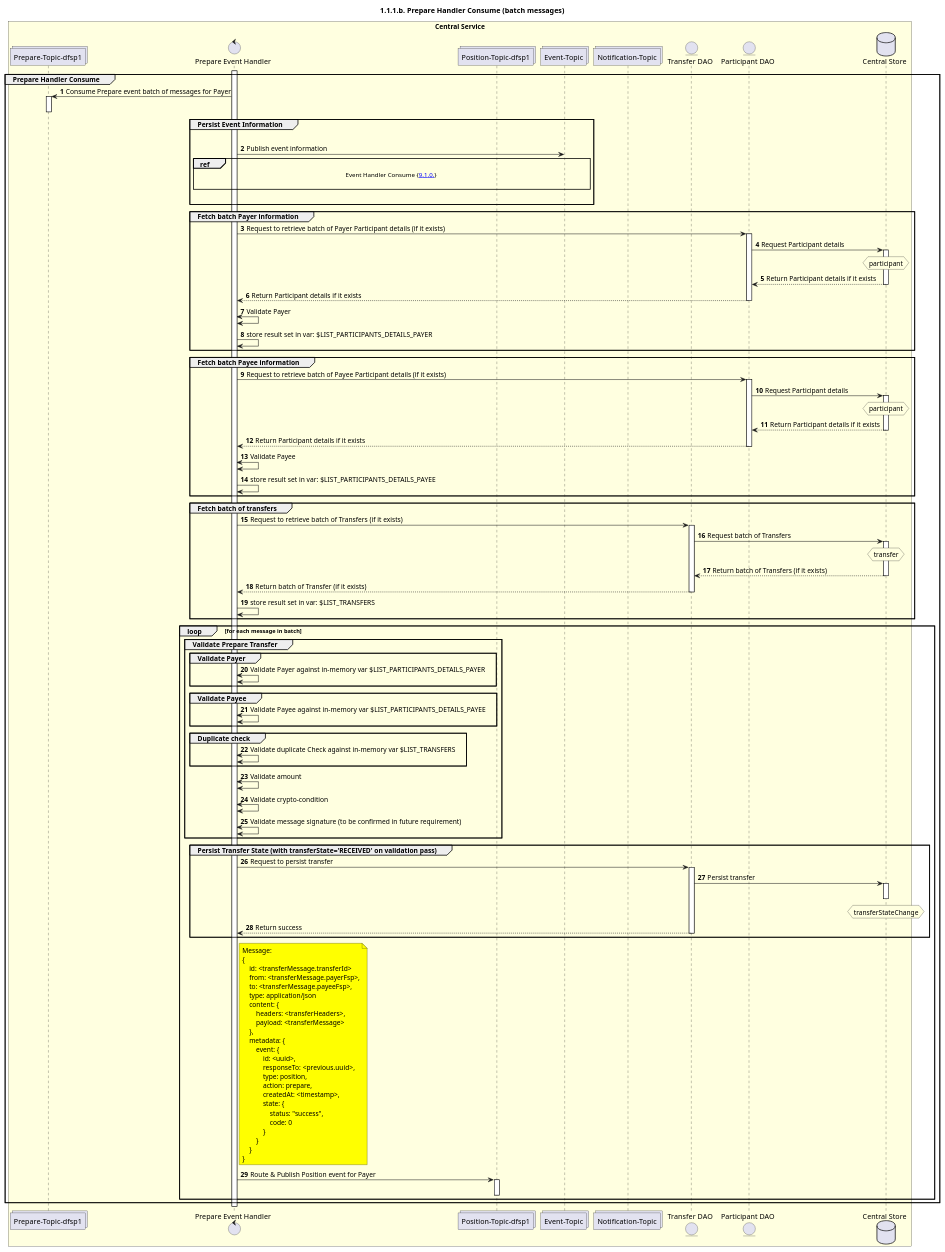
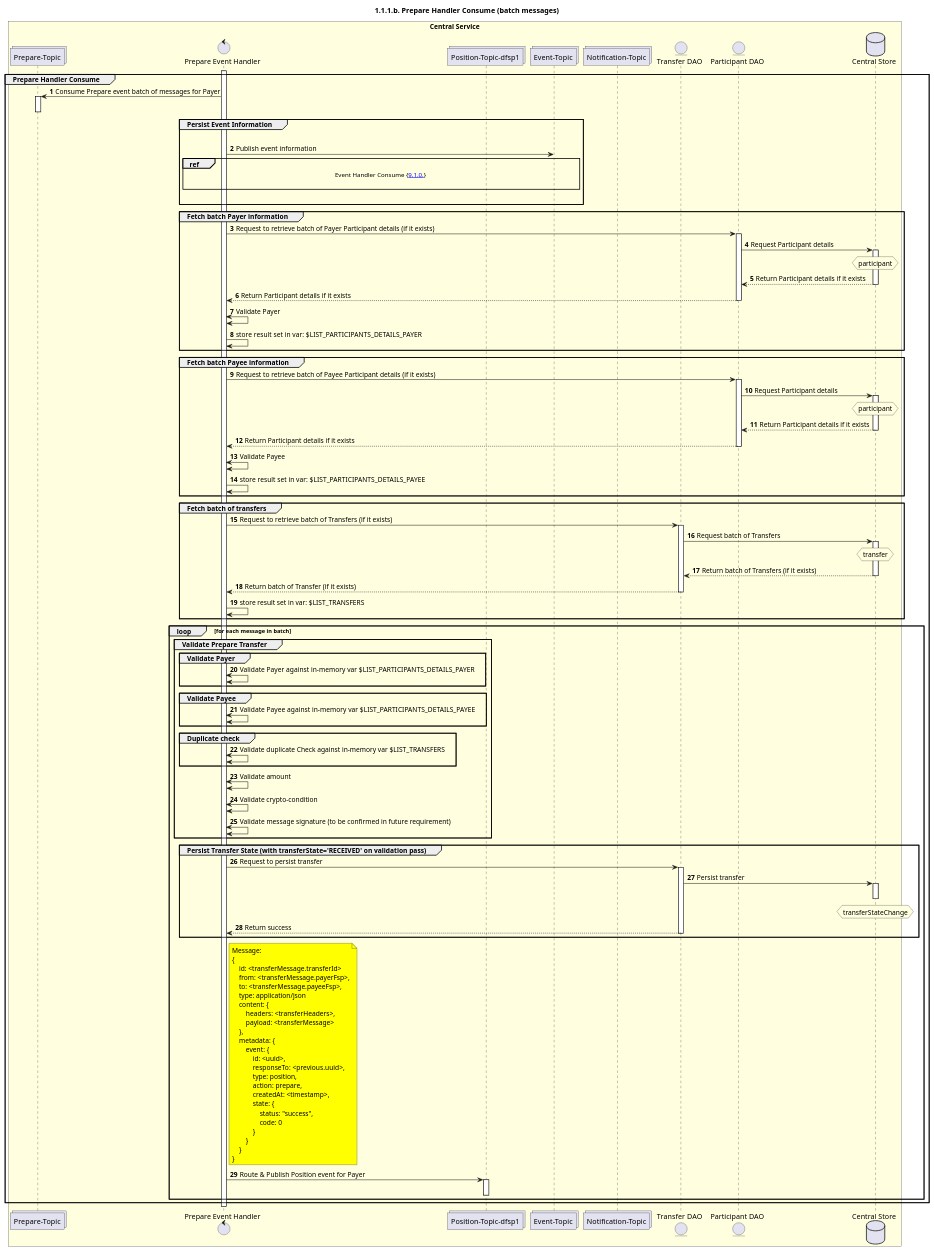
Before and after one commit to ggrg/docs: the diagram in Diagrams/SequenceDiagrams/seq-prepare-1.1.1.b.plantuml, drawn with PlantUML. The commit also changed 3 other files, not shown here.

```diff
--- a/Diagrams/SequenceDiagrams/seq-prepare-1.1.1.b.plantuml
+++ b/Diagrams/SequenceDiagrams/seq-prepare-1.1.1.b.plantuml
@@ -26,157 +26,157 @@
 @startuml
 ' declate title
 title 1.1.1.b. Prepare Handler Consume (batch messages)
 
 autonumber
 
 ' Actor Keys:
 '   boundary - APIs/Interfaces, etc
 '   collections - Kafka Topics
 '   control - Kafka Consumers
 '   entity - Database Access Objects
 '   database - Database Persistance Store
 
 ' declare actors
-collections "Prepare-Topic-dfsp1" as TOPIC_PREPARE_DFSP1
+collections "Prepare-Topic" as TOPIC_PREPARE
 control "Prepare Event Handler" as PREP_HANDLER
 collections "Position-Topic-dfsp1" as TOPIC_POSITION_DFSP1
 collections "Event-Topic" as TOPIC_EVENTS
 collections "Notification-Topic" as TOPIC_NOTIFICATIONS
 entity "Transfer DAO" as TRANS_DAO
 entity "Participant DAO" as PARTICIPANT_DAO
 database "Central Store" as DB
 
 box "Central Service" #LightYellow
-    participant TOPIC_PREPARE_DFSP1
+    participant TOPIC_PREPARE
     participant PREP_HANDLER
     participant TOPIC_POSITION_DFSP1
     participant TOPIC_EVENTS
     participant TOPIC_NOTIFICATIONS
     participant TRANS_DAO
     participant PARTICIPANT_DAO
     participant DB
 end box
 
 ' start flow
 activate PREP_HANDLER
 group Prepare Handler Consume
-    TOPIC_PREPARE_DFSP1 <- PREP_HANDLER: Consume Prepare event batch of messages for Payer
-    activate TOPIC_PREPARE_DFSP1
-    deactivate TOPIC_PREPARE_DFSP1
+    TOPIC_PREPARE <- PREP_HANDLER: Consume Prepare event batch of messages for Payer
+    activate TOPIC_PREPARE
+    deactivate TOPIC_PREPARE
     group Persist Event Information
         |||
         PREP_HANDLER -> TOPIC_EVENTS: Publish event information
         ref over PREP_HANDLER, TOPIC_EVENTS :  Event Handler Consume {[[https://github.com/mojaloop/docs/blob/develop/CentralServices/seq_diagrams/seq-event-9.1.0.svg 9.1.0.]]} \n
         |||
     end
 
     group Fetch batch Payer information
         PREP_HANDLER -> PARTICIPANT_DAO: Request to retrieve batch of Payer Participant details (if it exists)
         activate PARTICIPANT_DAO
         PARTICIPANT_DAO -> DB: Request Participant details
         hnote over DB #lightyellow
             participant
         end note
         activate DB
         PARTICIPANT_DAO <-- DB: Return Participant details if it exists
         deactivate DB
         PARTICIPANT_DAO --> PREP_HANDLER: Return Participant details if it exists
         deactivate PARTICIPANT_DAO
         PREP_HANDLER <-> PREP_HANDLER: Validate Payer
         PREP_HANDLER -> PREP_HANDLER: store result set in var: $LIST_PARTICIPANTS_DETAILS_PAYER
     end
 
     group Fetch batch Payee information
         PREP_HANDLER -> PARTICIPANT_DAO: Request to retrieve batch of Payee Participant details (if it exists)
         activate PARTICIPANT_DAO
         PARTICIPANT_DAO -> DB: Request Participant details
         hnote over DB #lightyellow
             participant
         end note
         activate DB
         PARTICIPANT_DAO <-- DB: Return Participant details if it exists
         deactivate DB
         PARTICIPANT_DAO --> PREP_HANDLER: Return Participant details if it exists
         deactivate PARTICIPANT_DAO
         PREP_HANDLER <-> PREP_HANDLER: Validate Payee
         PREP_HANDLER -> PREP_HANDLER: store result set in var: $LIST_PARTICIPANTS_DETAILS_PAYEE
     end
 
     group Fetch batch of transfers
         PREP_HANDLER -> TRANS_DAO: Request to retrieve batch of Transfers (if it exists)
         activate TRANS_DAO
         TRANS_DAO -> DB: Request batch of Transfers
         hnote over DB #lightyellow
             transfer
         end note
         activate DB
         TRANS_DAO <-- DB: Return batch of Transfers (if it exists)
         deactivate DB
         TRANS_DAO --> PREP_HANDLER: Return batch of Transfer (if it exists)
         deactivate TRANS_DAO
         PREP_HANDLER -> PREP_HANDLER: store result set in var: $LIST_TRANSFERS
     end
 
     loop for each message in batch
 
         group Validate Prepare Transfer
             group Validate Payer
                 PREP_HANDLER <-> PREP_HANDLER: Validate Payer against in-memory var $LIST_PARTICIPANTS_DETAILS_PAYER
             end
             group Validate Payee
                 PREP_HANDLER <-> PREP_HANDLER: Validate Payee against in-memory var $LIST_PARTICIPANTS_DETAILS_PAYEE
             end
             group Duplicate check
                 PREP_HANDLER <-> PREP_HANDLER: Validate duplicate Check against in-memory var $LIST_TRANSFERS
             end
             PREP_HANDLER <-> PREP_HANDLER: Validate amount
             PREP_HANDLER <-> PREP_HANDLER: Validate crypto-condition
             PREP_HANDLER <-> PREP_HANDLER: Validate message signature (to be confirmed in future requirement)
         end
 
         group Persist Transfer State (with transferState='RECEIVED' on validation pass)
             PREP_HANDLER -> TRANS_DAO: Request to persist transfer
             activate TRANS_DAO
             TRANS_DAO -> DB: Persist transfer
             hnote over DB #lightyellow
                 transferStateChange
             end note
             activate DB
             deactivate DB
             TRANS_DAO --> PREP_HANDLER: Return success
             deactivate TRANS_DAO
         end
 
         note right of PREP_HANDLER #yellow
             Message:
             {
                 id: <transferMessage.transferId>
                 from: <transferMessage.payerFsp>,
                 to: <transferMessage.payeeFsp>,
                 type: application/json
                 content: {
                     headers: <transferHeaders>,
                     payload: <transferMessage>
                 },
                 metadata: {
                     event: {
                         id: <uuid>,
                         responseTo: <previous.uuid>,
                         type: position,
                         action: prepare,
                         createdAt: <timestamp>,
                         state: {
                             status: "success",
                             code: 0
                         }
                     }
                 }
             }
         end note
         PREP_HANDLER -> TOPIC_POSITION_DFSP1: Route & Publish Position event for Payer
         activate TOPIC_POSITION_DFSP1
         deactivate TOPIC_POSITION_DFSP1
     end
 end
 deactivate PREP_HANDLER
 @enduml
```
